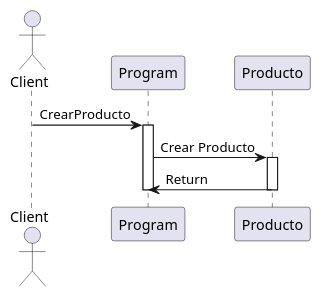
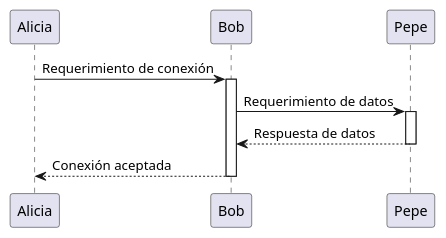
One commit to ucjc-damp-2020/python-UML-comp changed the third of 3 diagrams in doc/test.wsd. Above: the diagram before and after it, drawn with PlantUML. The commit also changed other lines of this file, not shown here.

```diff
--- a/doc/test.wsd
+++ b/doc/test.wsd
@@ -110,12 +165,10 @@
 @startuml
-actor Client
-participant Program
-participant Producto
-Client -> Program : CrearProducto
-activate Program
-Program -> Producto : Crear Producto
-activate Producto
-Producto -> Program : Return
-deactivate Producto
-deactivate Program
+Alicia -> Bob : Requerimiento de conexión
+activate Bob
+Bob -> Pepe : Requerimiento de datos
+activate Pepe
+Pepe --> Bob : Respuesta de datos
+deactivate Pepe
+Bob --> Alicia : Conexión aceptada
+deactivate Bob
 @enduml
```
